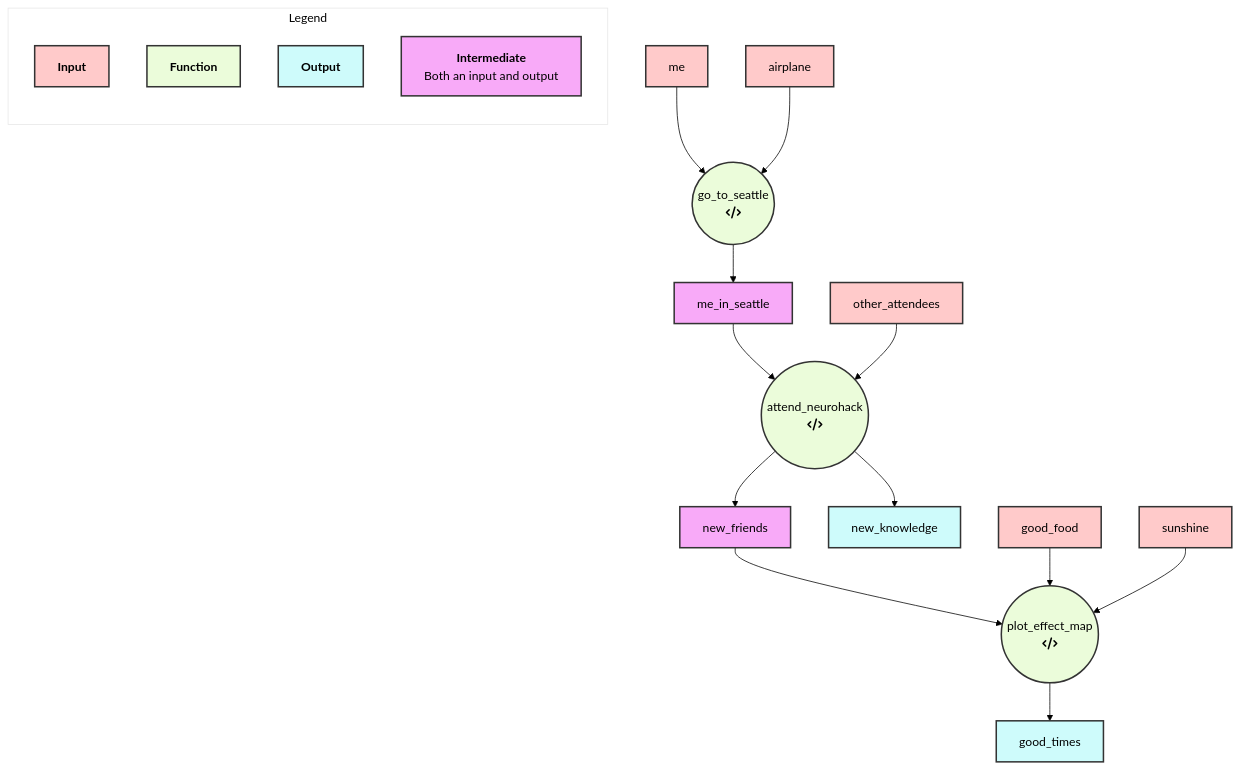
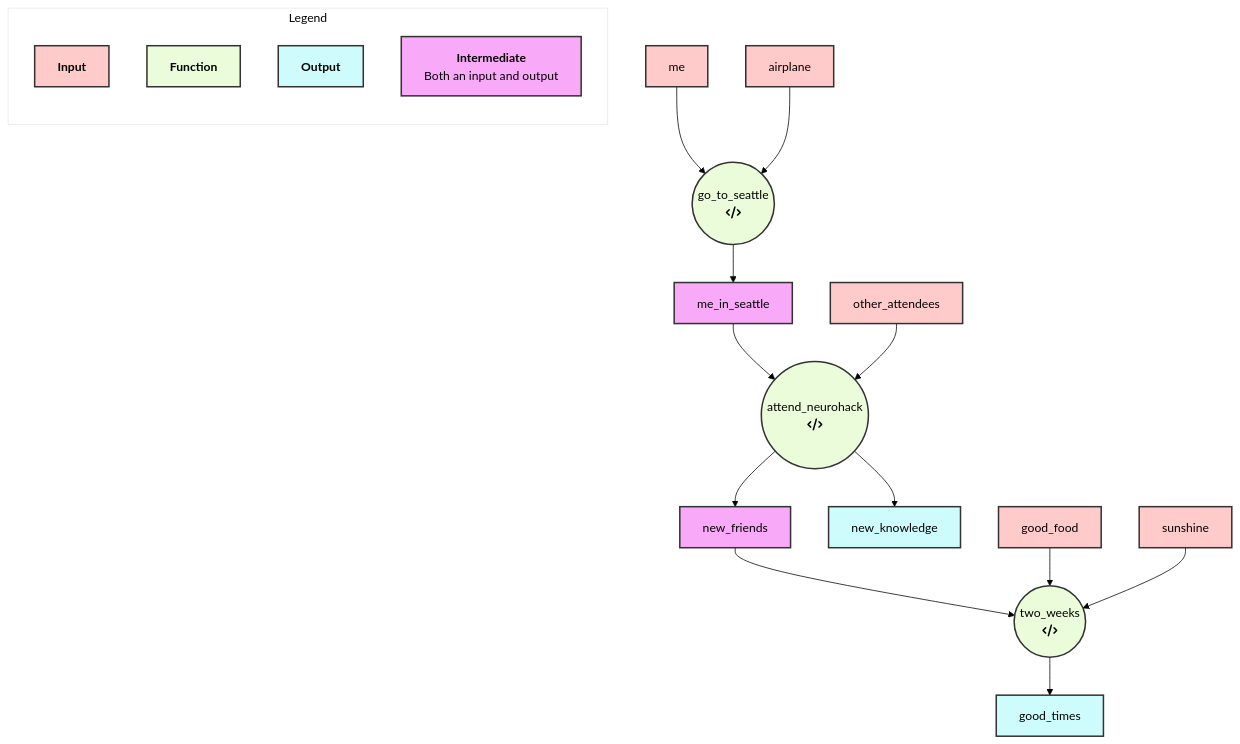
The diagram in flowchart.mmd (halleeshearer/scripts2viz), drawn with Mermaid before and after one commit. The commit also changed 2 other files, not shown here.

Commit message:
Update README.md, flowchart.md, and/or flowchart.mmd with new Mermaid diagram

```diff
--- a/flowchart.mmd
+++ b/flowchart.mmd
@@ -1,58 +1,58 @@
  %%{init: {'theme':'base', 'themeVariables': {
   'primaryColor': '#ffcaca',
   'primaryTextColor': '#000',
   'primaryBorderColor': '#000000',
   'lineColor': '#000000',
   'tertiaryColor': '#fff'
 }}}%%
 graph TD
 classDef lightRed fill:#ffcaca,stroke:#333,stroke-width:2px;
 classDef lightGreen fill:#ebfcda,stroke:#333,stroke-width:2px;
 classDef lightBlue fill:#cefbfb,stroke:#333,stroke-width:2px;
 classDef lightPurple fill:#f8aaf8,stroke:#333,stroke-width:2px;
 
 subgraph Legend
     direction TB
     key1[<b>Input]:::lightRed
     key2[<b>Function]:::lightGreen
     key3[<b>Output]:::lightBlue
     key4[<b>Intermediate</b><br> Both an input and output]:::lightPurple
 end
 go_to_seattle(("go_to_seattle")):::lightGreen
 go_to_seattle(("go_to_seattle
  fa:fa-code"))
 me:::lightRed
 me --> go_to_seattle
 airplane:::lightRed
 airplane --> go_to_seattle
 me_in_seattle:::lightBlue
 go_to_seattle --> me_in_seattle
 attend_neurohack(("attend_neurohack")):::lightGreen
 attend_neurohack(("attend_neurohack
  fa:fa-code"))
 me_in_seattle --> attend_neurohack
 other_attendees:::lightRed
 other_attendees --> attend_neurohack
 new_friends:::lightBlue
 attend_neurohack --> new_friends
 new_knowledge:::lightBlue
 attend_neurohack --> new_knowledge
-plot_effect_map(("plot_effect_map")):::lightGreen
-plot_effect_map(("plot_effect_map
+two_weeks(("two_weeks")):::lightGreen
+two_weeks(("two_weeks
  fa:fa-code"))
-new_friends --> plot_effect_map
+new_friends --> two_weeks
 good_food:::lightRed
-good_food --> plot_effect_map
+good_food --> two_weeks
 sunshine:::lightRed
-sunshine --> plot_effect_map
+sunshine --> two_weeks
 good_times:::lightBlue
-plot_effect_map --> good_times
+two_weeks --> good_times
 me:::lightRed
 airplane:::lightRed
 me_in_seattle:::lightPurple
 other_attendees:::lightRed
 new_friends:::lightPurple
 new_knowledge:::lightBlue
 good_food:::lightRed
 sunshine:::lightRed
 good_times:::lightBlue
```
